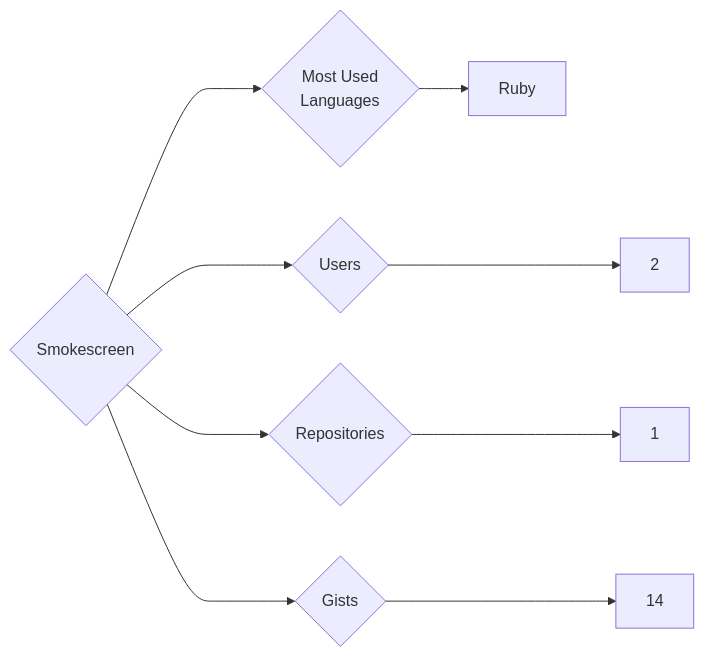
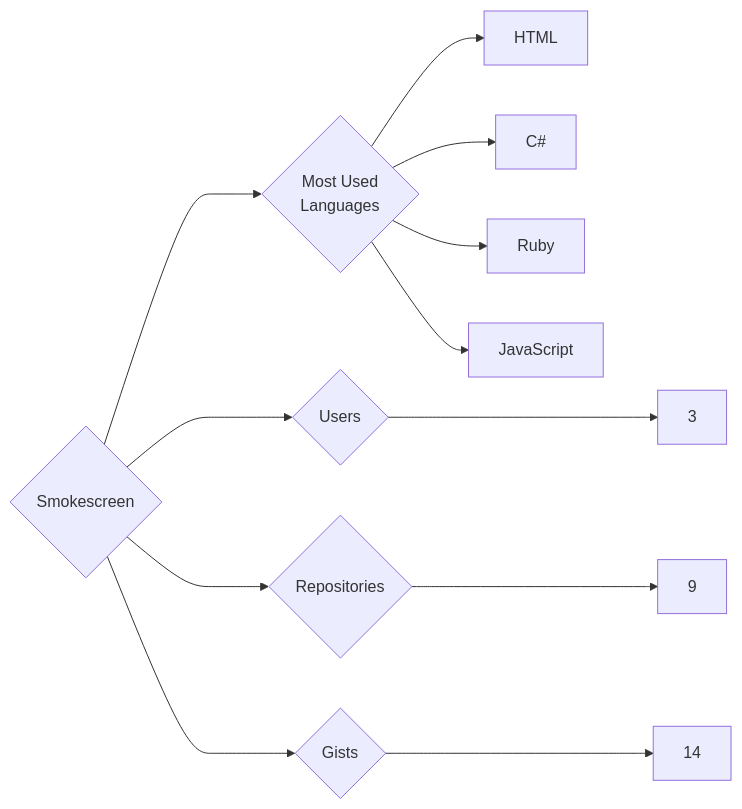
One commit to trickest/insiders changed the diagram in targets/Smokescreen/README.md. Above: the diagram before and after it, drawn with Mermaid. The commit also changed 970 other files, not shown here.

````diff
--- a/targets/Smokescreen/README.md
+++ b/targets/Smokescreen/README.md
@@ -3,9 +3,12 @@
 ```mermaid
 graph LR
 COMPANY_NAME{Smokescreen}
-COMPANY_NAME ---> U{Users} ---> UN[2]
-COMPANY_NAME ---> R{Repositories} ---> RN[1]
+COMPANY_NAME ---> U{Users} ---> UN[3]
+COMPANY_NAME ---> R{Repositories} ---> RN[9]
 COMPANY_NAME ---> G{Gists} ---> GN[14]
 COMPANY_NAME ---> ML{Most Used<br>Languages}
+ML --> HTML[HTML]
+ML --> C#[C#]
 ML --> Ruby[Ruby]
+ML --> JavaScript[JavaScript]
 ```
````
